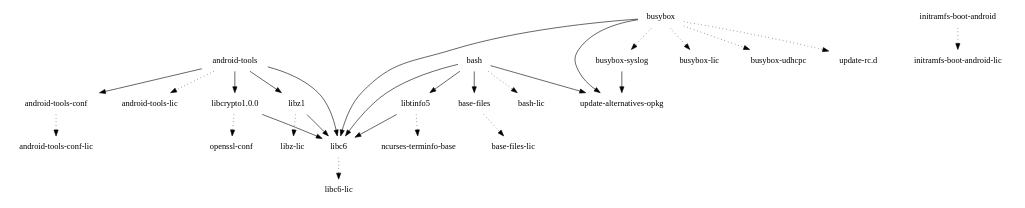
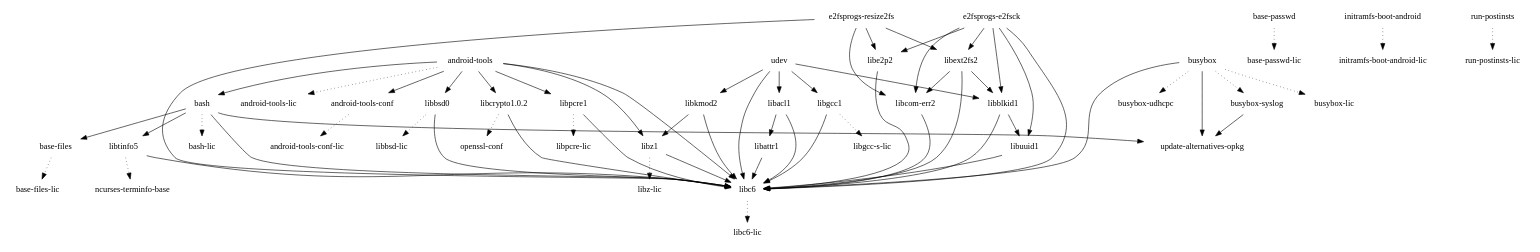
One commit to webOS-ports/buildhistory changed the diagram in images/tenderloin/glibc/initramfs-android-image/depends.dot. Above: the diagram before and after it, drawn with Graphviz. The commit also changed 11 other files, not shown here.

```diff
--- a/images/tenderloin/glibc/initramfs-android-image/depends.dot
+++ b/images/tenderloin/glibc/initramfs-android-image/depends.dot
@@ -1,30 +1,68 @@
 digraph depends {
     node [shape=plaintext]
-"android-tools" -> "android-tools-conf";
-"android-tools" -> "android-tools-lic" [style=dotted];
-"android-tools" -> "libc6";
-"android-tools" -> "libcrypto1.0.0";
-"android-tools" -> "libz1";
-"android-tools-conf" -> "android-tools-conf-lic" [style=dotted];
-"base-files" -> "base-files-lic" [style=dotted];
-"bash" -> "base-files";
-"bash" -> "bash-lic" [style=dotted];
-"bash" -> "libc6";
-"bash" -> "libtinfo5";
-"bash" -> "update-alternatives-opkg";
-"busybox" -> "busybox-lic" [style=dotted];
-"busybox" -> "busybox-syslog" [style=dotted];
-"busybox" -> "busybox-udhcpc" [style=dotted];
-"busybox" -> "libc6";
-"busybox" -> "update-alternatives-opkg";
-"busybox" -> "update-rc.d" [style=dotted];
-"busybox-syslog" -> "update-alternatives-opkg";
-"initramfs-boot-android" -> "initramfs-boot-android-lic" [style=dotted];
-"libc6" -> "libc6-lic" [style=dotted];
-"libcrypto1.0.0" -> "libc6";
-"libcrypto1.0.0" -> "openssl-conf" [style=dotted];
-"libtinfo5" -> "libc6";
-"libtinfo5" -> "ncurses-terminfo-base" [style=dotted];
-"libz1" -> "libc6";
-"libz1" -> "libz-lic" [style=dotted];
+"android-tools" -> "android-tools-conf"
+"android-tools" -> "android-tools-lic" [style=dotted]
+"android-tools" -> "bash"
+"android-tools-conf" -> "android-tools-conf-lic" [style=dotted]
+"android-tools" -> "libbsd0"
+"android-tools" -> "libc6"
+"android-tools" -> "libcrypto1.0.2"
+"android-tools" -> "libpcre1"
+"android-tools" -> "libz1"
+"base-files" -> "base-files-lic" [style=dotted]
+"base-passwd" -> "base-passwd-lic" [style=dotted]
+"bash" -> "base-files"
+"bash" -> "bash-lic" [style=dotted]
+"bash" -> "libc6"
+"bash" -> "libtinfo5"
+"bash" -> "update-alternatives-opkg"
+"busybox" -> "busybox-lic" [style=dotted]
+"busybox" -> "busybox-syslog" [style=dotted]
+"busybox" -> "busybox-udhcpc" [style=dotted]
+"busybox" -> "libc6"
+"busybox-syslog" -> "update-alternatives-opkg"
+"busybox" -> "update-alternatives-opkg"
+"e2fsprogs-e2fsck" -> "libblkid1"
+"e2fsprogs-e2fsck" -> "libc6"
+"e2fsprogs-e2fsck" -> "libcom-err2"
+"e2fsprogs-e2fsck" -> "libe2p2"
+"e2fsprogs-e2fsck" -> "libext2fs2"
+"e2fsprogs-e2fsck" -> "libuuid1"
+"e2fsprogs-resize2fs" -> "libc6"
+"e2fsprogs-resize2fs" -> "libcom-err2"
+"e2fsprogs-resize2fs" -> "libe2p2"
+"e2fsprogs-resize2fs" -> "libext2fs2"
+"initramfs-boot-android" -> "initramfs-boot-android-lic" [style=dotted]
+"libacl1" -> "libattr1"
+"libacl1" -> "libc6"
+"libattr1" -> "libc6"
+"libblkid1" -> "libc6"
+"libblkid1" -> "libuuid1"
+"libbsd0" -> "libbsd-lic" [style=dotted]
+"libbsd0" -> "libc6"
+"libc6" -> "libc6-lic" [style=dotted]
+"libcom-err2" -> "libc6"
+"libcrypto1.0.2" -> "libc6"
+"libcrypto1.0.2" -> "openssl-conf" [style=dotted]
+"libe2p2" -> "libc6"
+"libext2fs2" -> "libblkid1"
+"libext2fs2" -> "libc6"
+"libext2fs2" -> "libcom-err2"
+"libgcc1" -> "libc6"
+"libgcc1" -> "libgcc-s-lic" [style=dotted]
+"libkmod2" -> "libc6"
+"libkmod2" -> "libz1"
+"libpcre1" -> "libc6"
+"libpcre1" -> "libpcre-lic" [style=dotted]
+"libtinfo5" -> "libc6"
+"libtinfo5" -> "ncurses-terminfo-base" [style=dotted]
+"libuuid1" -> "libc6"
+"libz1" -> "libc6"
+"libz1" -> "libz-lic" [style=dotted]
+"run-postinsts" -> "run-postinsts-lic" [style=dotted]
+"udev" -> "libacl1"
+"udev" -> "libblkid1"
+"udev" -> "libc6"
+"udev" -> "libgcc1"
+"udev" -> "libkmod2"
 }
```
